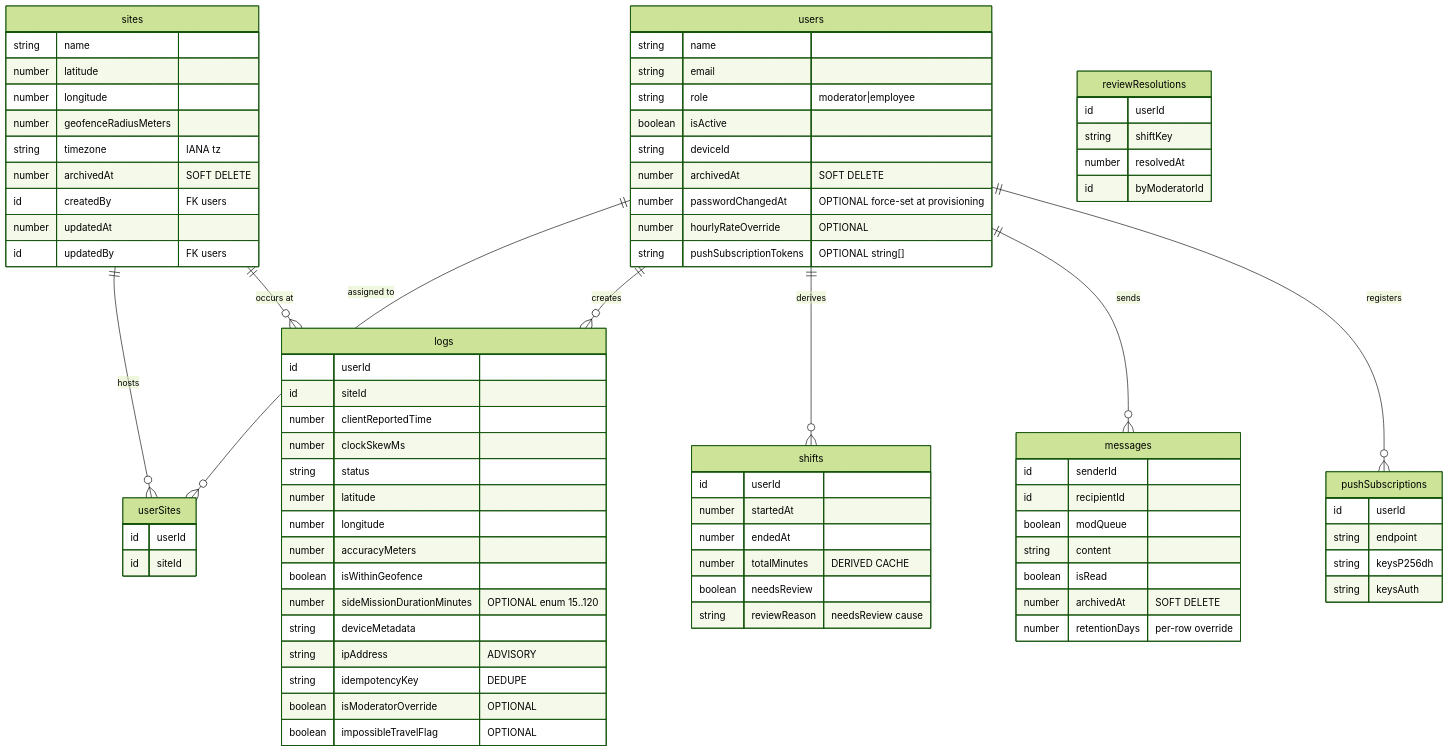
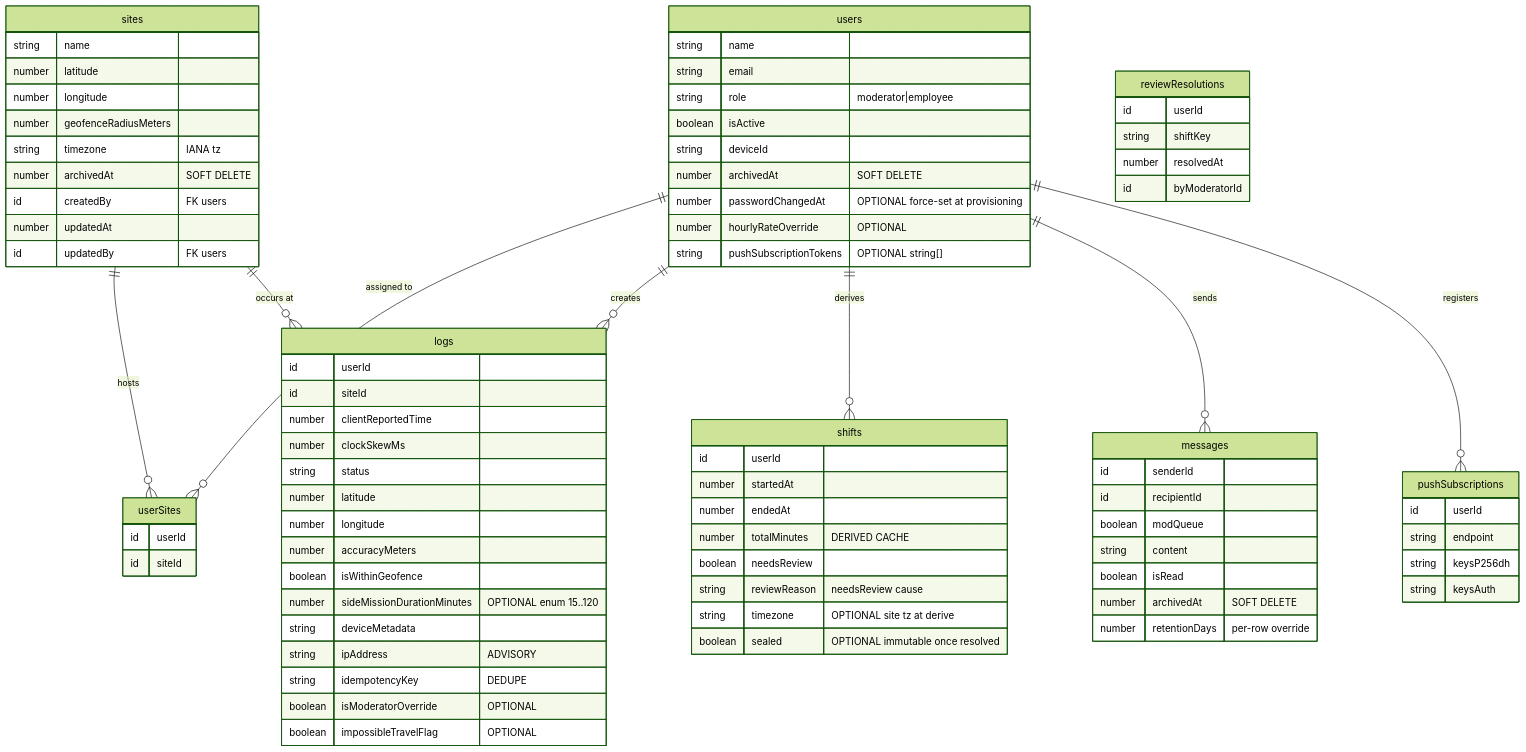
One commit to TeacherEvan/J-pay changed the second of 5 diagrams in j-pay.md. Above: the diagram before and after it, drawn with Mermaid (forest theme). The commit also changed other lines of this file and 5 other files, not shown here.

```diff
--- a/j-pay.md
+++ b/j-pay.md
@@ -358,6 +366,7 @@
         string deviceId
         number archivedAt "SOFT DELETE"
         number passwordChangedAt "OPTIONAL force-set at provisioning"
+
         number hourlyRateOverride "OPTIONAL"
         string pushSubscriptionTokens "OPTIONAL string[]"
     }
@@ -400,6 +409,8 @@
         number totalMinutes "DERIVED CACHE"
         boolean needsReview
         string reviewReason "needsReview cause"
+        string timezone "OPTIONAL site tz at derive"
+        boolean sealed "OPTIONAL immutable once resolved"
     }
     messages {
         id senderId
```
